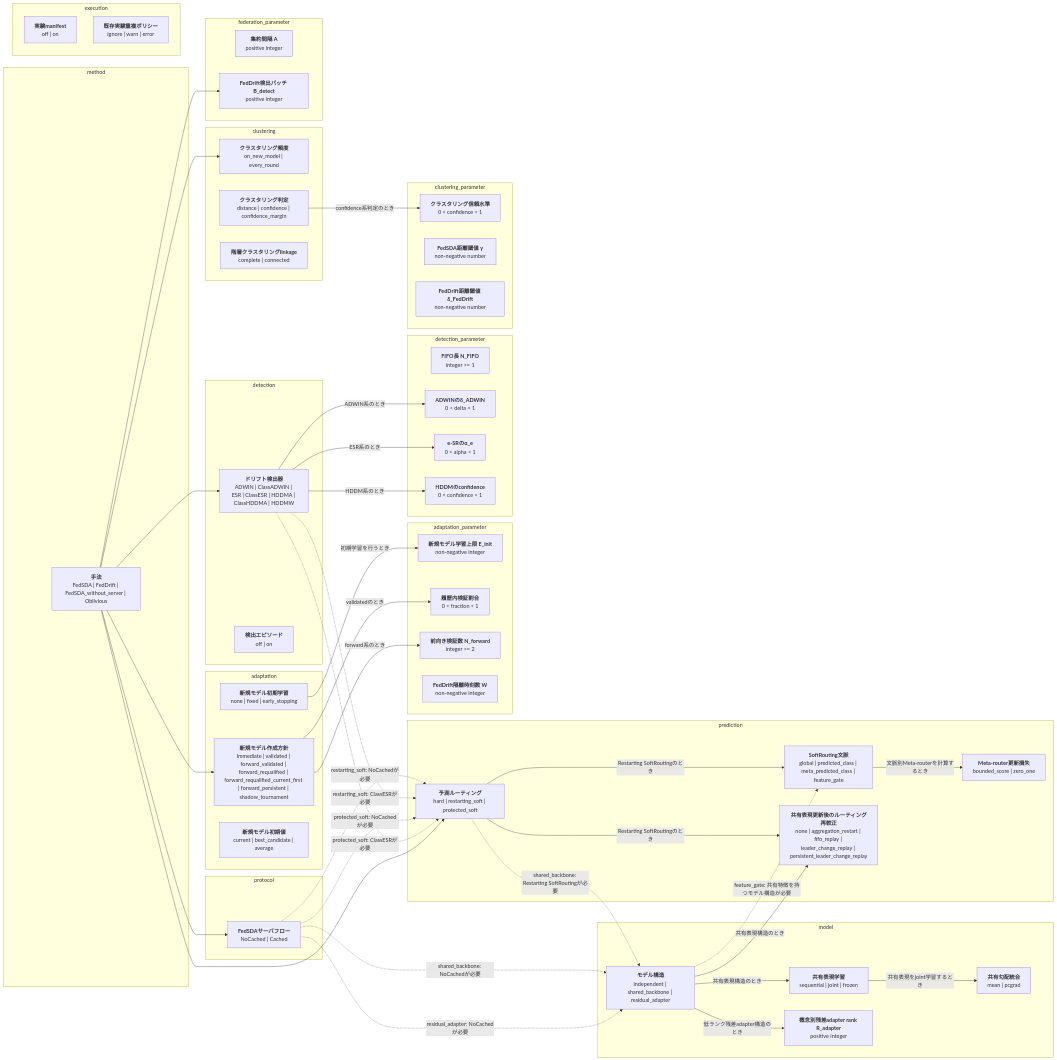
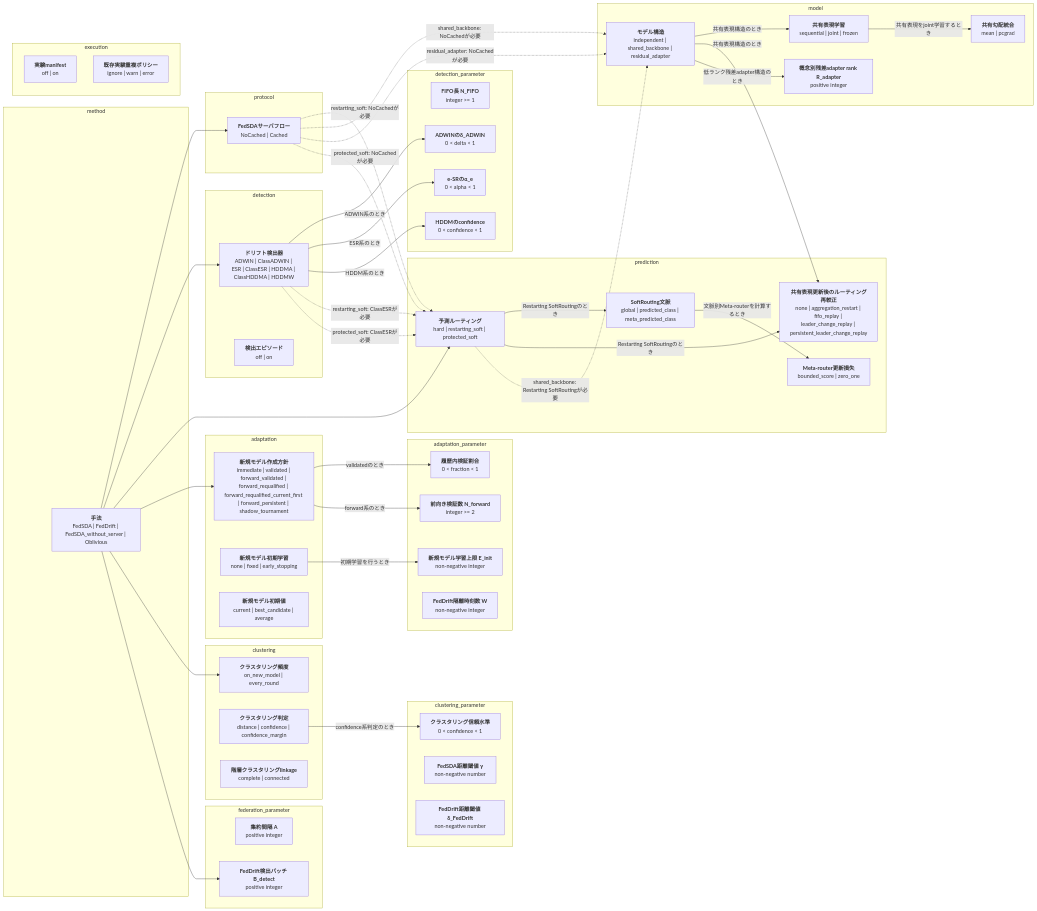
Before and after one commit to shimmen3141/FedSDA-experiment: the first of 2 diagrams in docs/options.md, drawn with Mermaid. The commit also changed other lines of this file and 13 other files, not shown here.

Commit message:
Remove ineffective feature-conditioned routing

```diff
--- a/docs/options.md
+++ b/docs/options.md
@@ -29,7 +29,7 @@
   end
   subgraph group_prediction[prediction]
     routing["<b>予測ルーティング</b><br/>hard | restarting_soft | protected_soft"]
-    soft_routing_context["<b>SoftRouting文脈</b><br/>global | predicted_class | meta_predicted_class | feature_gate"]
+    soft_routing_context["<b>SoftRouting文脈</b><br/>global | predicted_class | meta_predicted_class"]
     soft_routing_meta_loss["<b>Meta-router更新損失</b><br/>bounded_score | zero_one"]
     shared_backbone_routing_recalibration["<b>共有表現更新後のルーティング再較正</b><br/>none | aggregation_restart | fifo_replay | leader_change_replay | persistent_leader_change_replay"]
   end
@@ -95,7 +95,6 @@
   server_flow -.->|"residual_adapter: NoCachedが必要"| model_architecture
   server_flow -.->|"protected_soft: NoCachedが必要"| routing
   detector -.->|"protected_soft: ClassESRが必要"| routing
-  model_architecture -.->|"feature_gate: 共有特徴を持つモデル構造が必要"| soft_routing_context
   method --> server_flow
   method --> detector
   method --> routing
```
